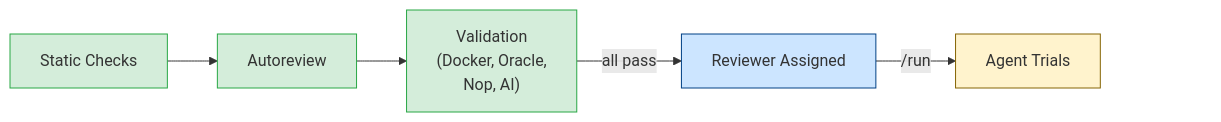
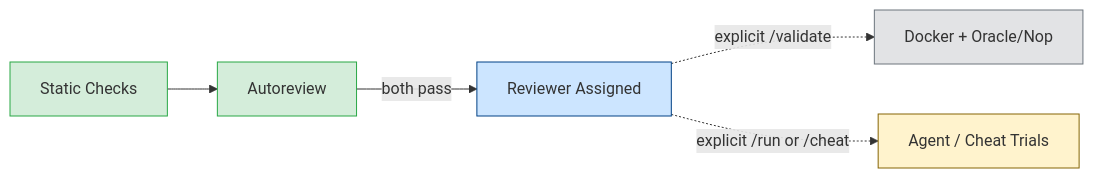
The diagram in TASK_REVIEW_AUTOMATION.md (zzj3720/3720-benchmark), drawn with Mermaid before and after one commit. The commit also changed other lines of this file and 1387 other files, not shown here.

````diff
--- a/TASK_REVIEW_AUTOMATION.md
+++ b/TASK_REVIEW_AUTOMATION.md
@@ -39,11 +43,11 @@
 ```mermaid
 graph LR
-    A["Static Checks"]:::auto --> B["Autoreview"]:::auto --> C["Validation
-(Docker, Oracle,
-Nop, AI)"]:::auto -- all pass --> D["Reviewer Assigned"]:::assign -- /run --> E[Agent Trials]:::trials ~~~ F[ ]:::spacer
+    A["Static Checks"]:::auto --> B["Autoreview"]:::auto -- both pass --> C["Reviewer Assigned"]:::assign
+    C -. explicit /validate .-> D["Docker + Oracle/Nop"]:::manual
+    C -. explicit /run or /cheat .-> E["Agent / Cheat Trials"]:::trials
 
-    classDef spacer fill:none,stroke:none
     classDef auto fill:#d4edda,stroke:#28a745
     classDef assign fill:#cce5ff,stroke:#004085
+    classDef manual fill:#e2e3e5,stroke:#6c757d
     classDef trials fill:#fff3cd,stroke:#856404
 ```
````
